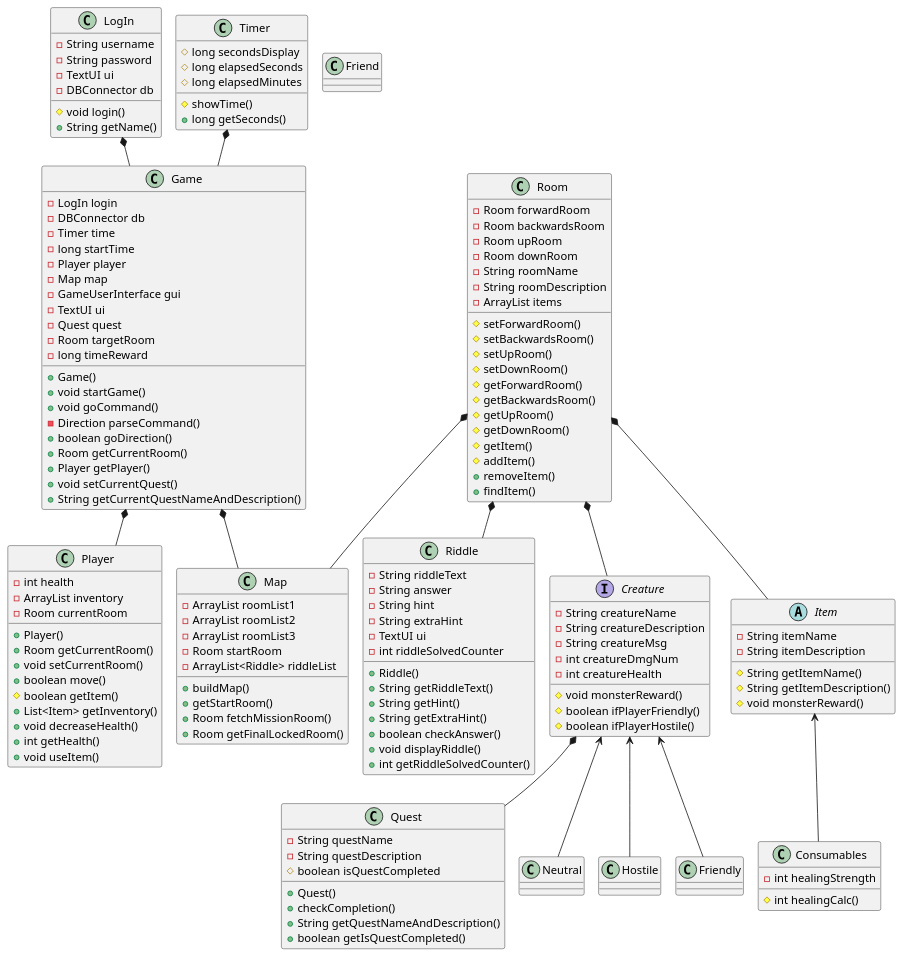
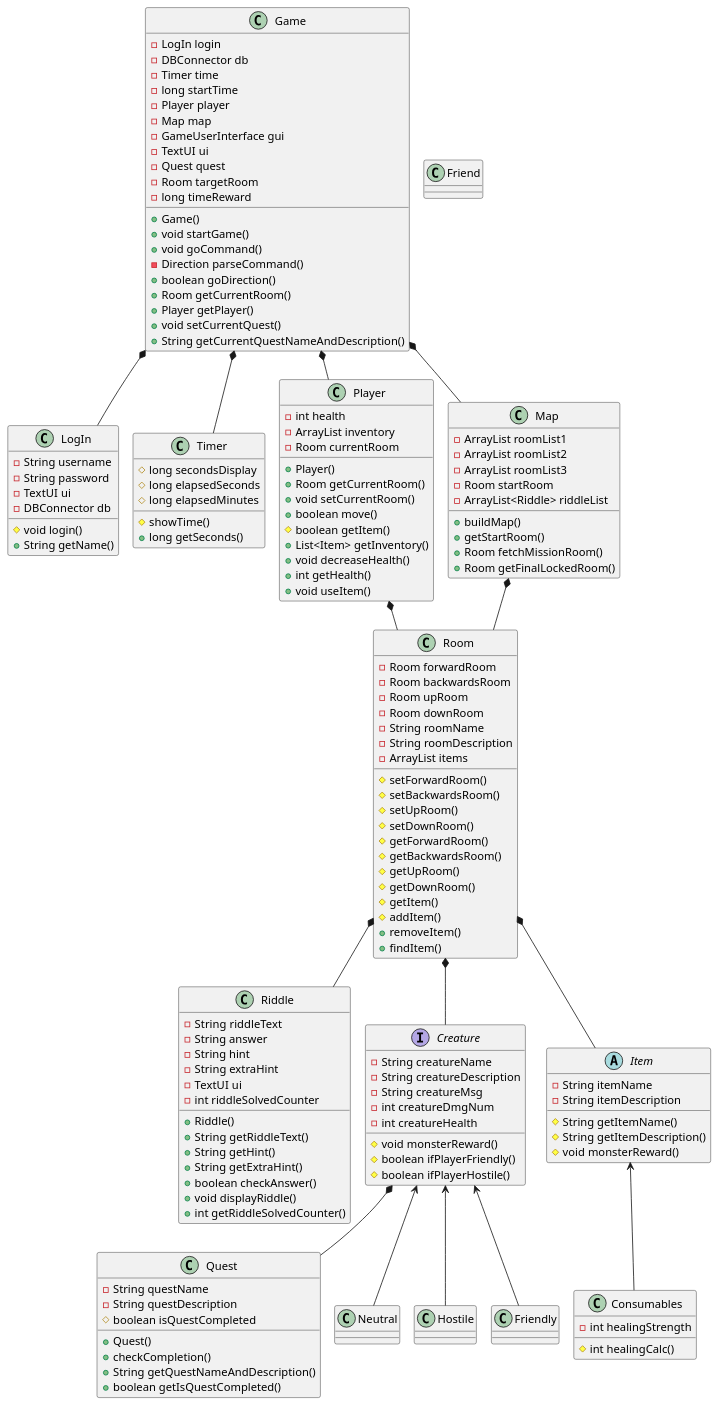
Before and after one commit to Linus-llm/SP4_LinusAndreasOlivia: the diagram in StarCathedral/doc/KlasseDiagram.puml, drawn with PlantUML.

Commit message:
klasseDiagram updated

```diff
--- a/StarCathedral/doc/KlasseDiagram.puml
+++ b/StarCathedral/doc/KlasseDiagram.puml
@@ -1,167 +1,167 @@
 @startuml
 !pragma layout smetana
 'https://plantuml.com/class-diagram
 'd
 class LogIn {
 -String username
 -String password
 -TextUI ui
 -DBConnector db
 #void login()
 +String getName()
 }
 class Riddle{
 -String riddleText
 -String answer
 -String hint
 -String extraHint
 -TextUI ui
 -int riddleSolvedCounter
 +Riddle()
 +String getRiddleText()
 +String getHint()
 +String getExtraHint()
 +boolean checkAnswer()
 +void displayRiddle()
 +int getRiddleSolvedCounter()
 }
 
 class Quest{
 -String questName
 -String questDescription
 #boolean isQuestCompleted
 +Quest()
 +checkCompletion()
 +String getQuestNameAndDescription()
 +boolean getIsQuestCompleted()
 }
 
 class Timer{
 #long secondsDisplay
 #long elapsedSeconds
 #long elapsedMinutes
 #showTime()
 +long getSeconds()
 }
 class Game{
 -LogIn login
 -DBConnector db
 -Timer time
 -long startTime
 -Player player
 -Map map
 -GameUserInterface gui
 -TextUI ui
 -Quest quest
 -Room targetRoom
 -long timeReward
 +Game()
 +void startGame()
 +void goCommand()
 -Direction parseCommand()
 +boolean goDirection()
 +Room getCurrentRoom()
 +Player getPlayer()
 +void setCurrentQuest()
 +String getCurrentQuestNameAndDescription()
 
 }
 class Player{
 -int health
 -ArrayList inventory
 -Room currentRoom
 +Player()
 +Room getCurrentRoom()
 +void setCurrentRoom()
 +boolean move()
 #boolean getItem()
 +List<Item> getInventory()
 +void decreaseHealth()
 +int getHealth()
 +void useItem()
 }
 
 class Map {
 -ArrayList roomList1
 -ArrayList roomList2
 -ArrayList roomList3
 -Room startRoom
 -ArrayList<Riddle> riddleList
 +buildMap()
 +getStartRoom()
 +Room fetchMissionRoom()
 +Room getFinalLockedRoom()
 }
 class Room {
 -Room forwardRoom
 -Room backwardsRoom
 -Room upRoom
 -Room downRoom
 -String roomName
 -String roomDescription
 -ArrayList items
 #setForwardRoom()
 #setBackwardsRoom()
 #setUpRoom()
 #setDownRoom()
 #getForwardRoom()
 #getBackwardsRoom()
 #getUpRoom()
 #getDownRoom()
 #getItem()
 #addItem()
 +removeItem()
 +findItem()
 
 
 }
 interface Creature {
 -String creatureName
 -String creatureDescription
 -String creatureMsg
 -int creatureDmgNum
 -int creatureHealth
 #void monsterReward()
 #boolean ifPlayerFriendly()
 #boolean ifPlayerHostile()
 
 }
 class Friend {
 }
 class Neutral
 class Hostile
 abstract class Item{
 -String itemName
 -String itemDescription
 #String getItemName()
 #String getItemDescription()
 #void monsterReward()
 }
 
 class Consumables{
 -int healingStrength
 # int healingCalc()
 
 }
 
 
-Timer*--Game
-LogIn*--Game
-Game*--Player
-
-Game*--Map
-Room*--Map
-Room*--Item
-Room*--Creature
-Room*-- Riddle
+Game *-- Timer
+Game *-- LogIn
+Game *-- Player
+Game *-- Map
+Player *-- Room
+Map *-- Room
+Room *-- Item
+Room *-- Creature
+Room *-- Riddle
 Creature<--Friendly
 Creature<--Neutral
 Creature<--Hostile
 Creature *-- Quest
 Item<--Consumables
 
 
 
 
 
 @enduml
```
